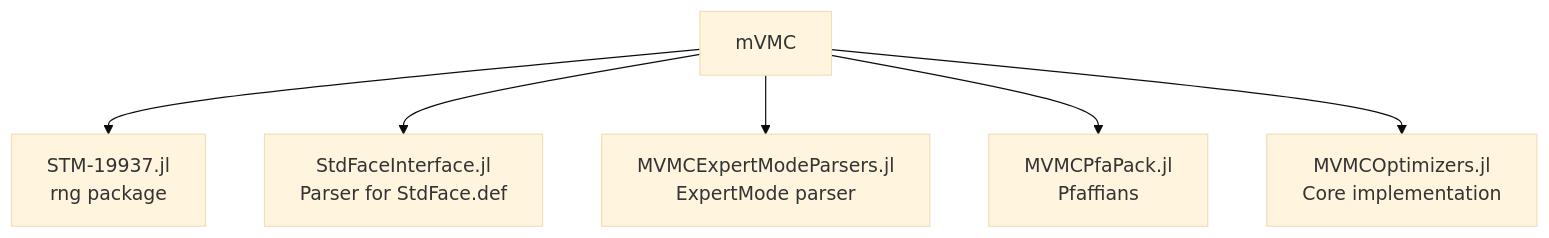
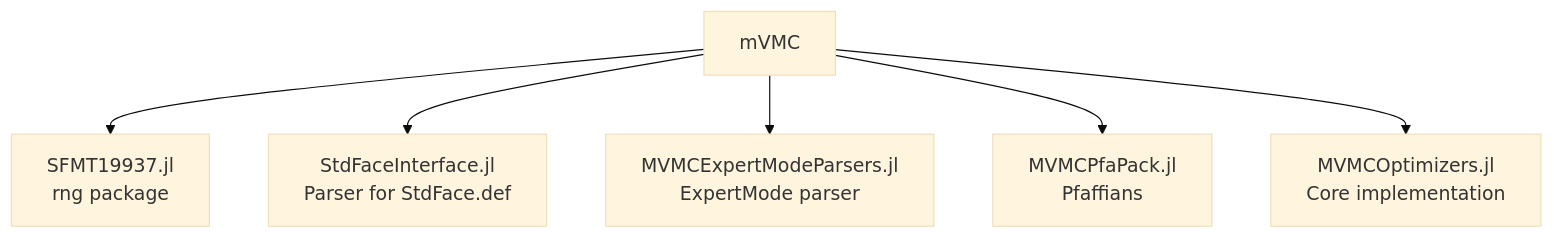
Before and after one commit to AtelierArith/CompPhysHack2026HandsOn: the second of 4 diagrams in slides/slide.qmd, drawn with Mermaid (base theme). The commit also changed 1 other file, not shown here.

````diff
--- a/slides/slide.qmd
+++ b/slides/slide.qmd
@@ -70,16 +70,16 @@
 ```{mermaid}
 flowchart TD
   MVMC[mVMC]
 
-  STM[STM-19937.jl<br/>rng package]
+  SFMT[SFMT19937.jl<br/>rng package]
   StdFace[StdFaceInterface.jl<br/>Parser for StdFace.def]
   ExpertMode[MVMCExpertModeParsers.jl<br/>ExpertMode parser]
   PfaPack[MVMCPfaPack.jl<br/>Pfaffians]
   Optimizers[MVMCOptimizers.jl<br/>Core implementation]
 
-  MVMC --> STM
+  MVMC --> SFMT
   MVMC --> StdFace
   MVMC --> ExpertMode
   MVMC --> PfaPack
   MVMC --> Optimizers
 ```
````
